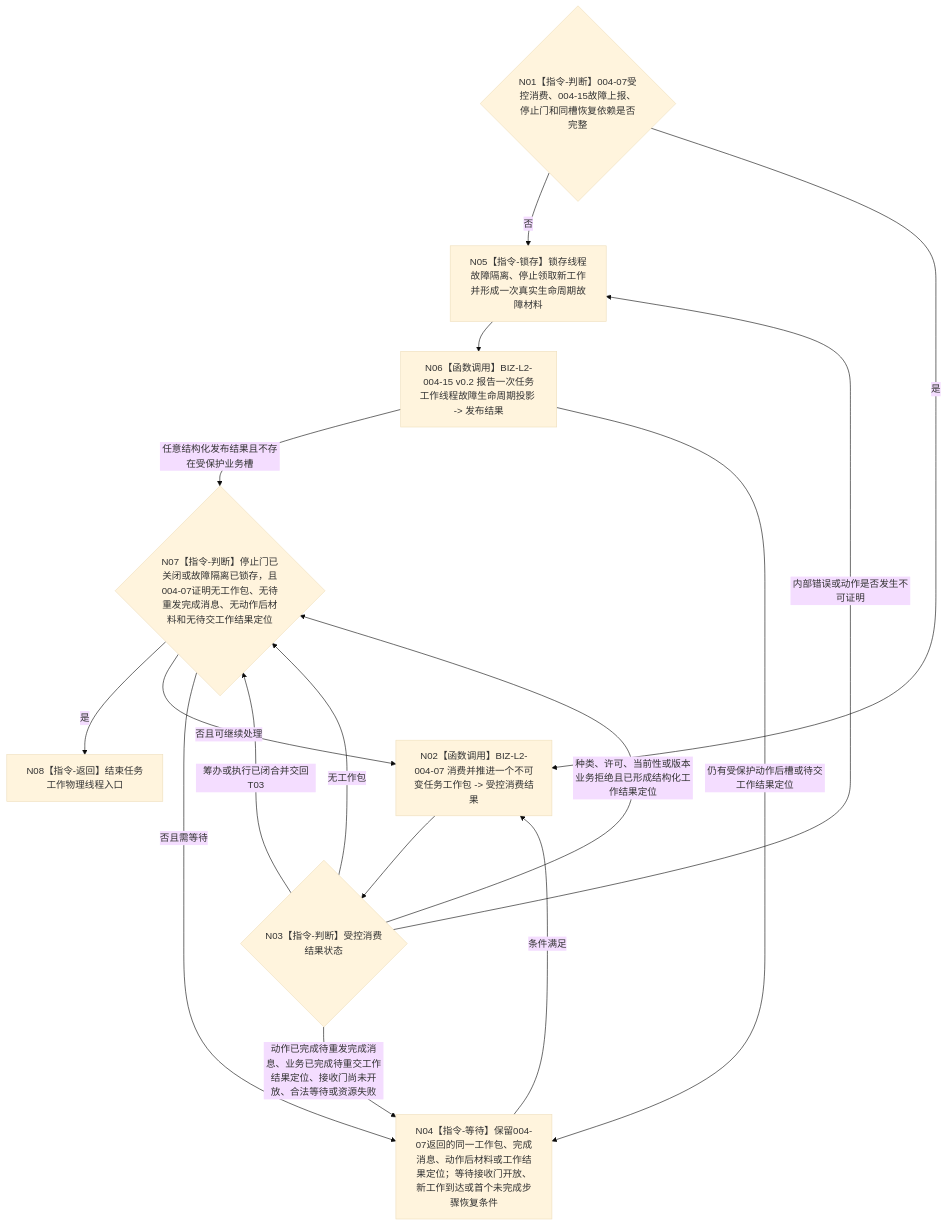
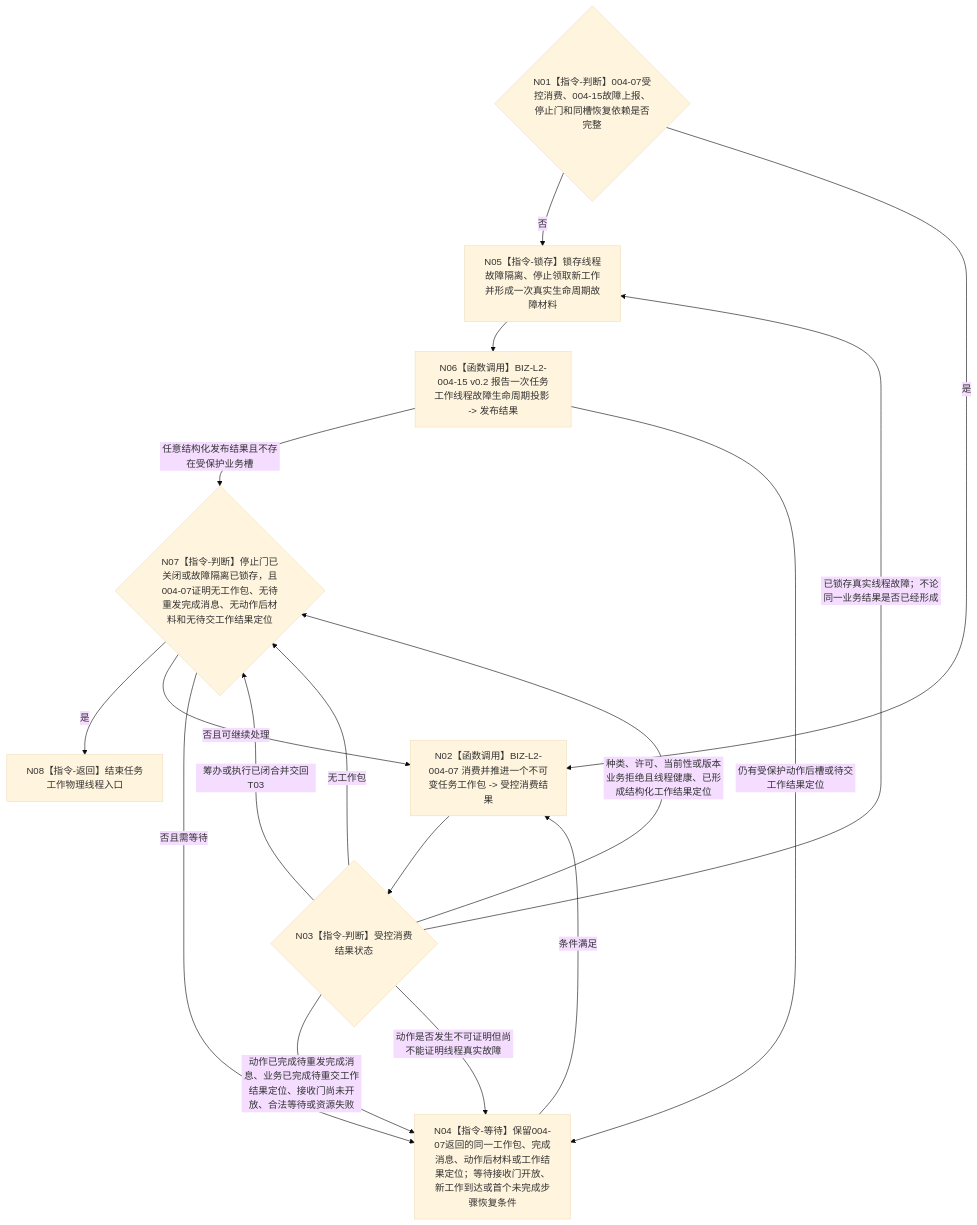
The diagram in 流程图/目标业务流程图/BIZ-L1-T04_任务工作线程工作包循环_目标函数流程图_v0.3.md (chunhaizh-cyber/HY-Ego), drawn with Mermaid (base theme) before and after one commit. The commit also changed other lines of this file and 5 other files, not shown here.

````diff
--- a/流程图/目标业务流程图/BIZ-L1-T04_任务工作线程工作包循环_目标函数流程图_v0.3.md
+++ b/流程图/目标业务流程图/BIZ-L1-T04_任务工作线程工作包循环_目标函数流程图_v0.3.md
@@ -41,26 +41,27 @@
 ```mermaid
 flowchart TD
     N01{"N01【指令-判断】004-07受控消费、004-15故障上报、停止门和同槽恢复依赖是否完整"}
     N02["N02【函数调用】BIZ-L2-004-07 消费并推进一个不可变任务工作包 -> 受控消费结果"]
     N03{"N03【指令-判断】受控消费结果状态"}
     N04["N04【指令-等待】保留004-07返回的同一工作包、完成消息、动作后材料或工作结果定位；等待接收门开放、新工作到达或首个未完成步骤恢复条件"]
     N05["N05【指令-锁存】锁存线程故障隔离、停止领取新工作并形成一次真实生命周期故障材料"]
     N06["N06【函数调用】BIZ-L2-004-15 v0.2 报告一次任务工作线程故障生命周期投影 -> 发布结果"]
     N07{"N07【指令-判断】停止门已关闭或故障隔离已锁存，且004-07证明无工作包、无待重发完成消息、无动作后材料和无待交工作结果定位"}
     N08["N08【指令-返回】结束任务工作物理线程入口"]
 
     N01 -->|否| N05
     N01 -->|是| N02 --> N03
     N03 -->|筹办或执行已闭合并交回T03| N07
     N03 -->|无工作包| N07
     N03 -->|动作已完成待重发完成消息、业务已完成待重交工作结果定位、接收门尚未开放、合法等待或资源失败| N04
-    N03 -->|种类、许可、当前性或版本业务拒绝且已形成结构化工作结果定位| N07
-    N03 -->|内部错误或动作是否发生不可证明| N05
+    N03 -->|种类、许可、当前性或版本业务拒绝且线程健康、已形成结构化工作结果定位| N07
+    N03 -->|已锁存真实线程故障；不论同一业务结果是否已经形成| N05
+    N03 -->|动作是否发生不可证明但尚不能证明线程真实故障| N04
     N04 -->|条件满足| N02
     N05 --> N06
     N06 -->|任意结构化发布结果且不存在受保护业务槽| N07
     N06 -->|仍有受保护动作后槽或待交工作结果定位| N04
     N07 -->|是| N08
     N07 -->|否且可继续处理| N02
     N07 -->|否且需等待| N04
 ```
````
